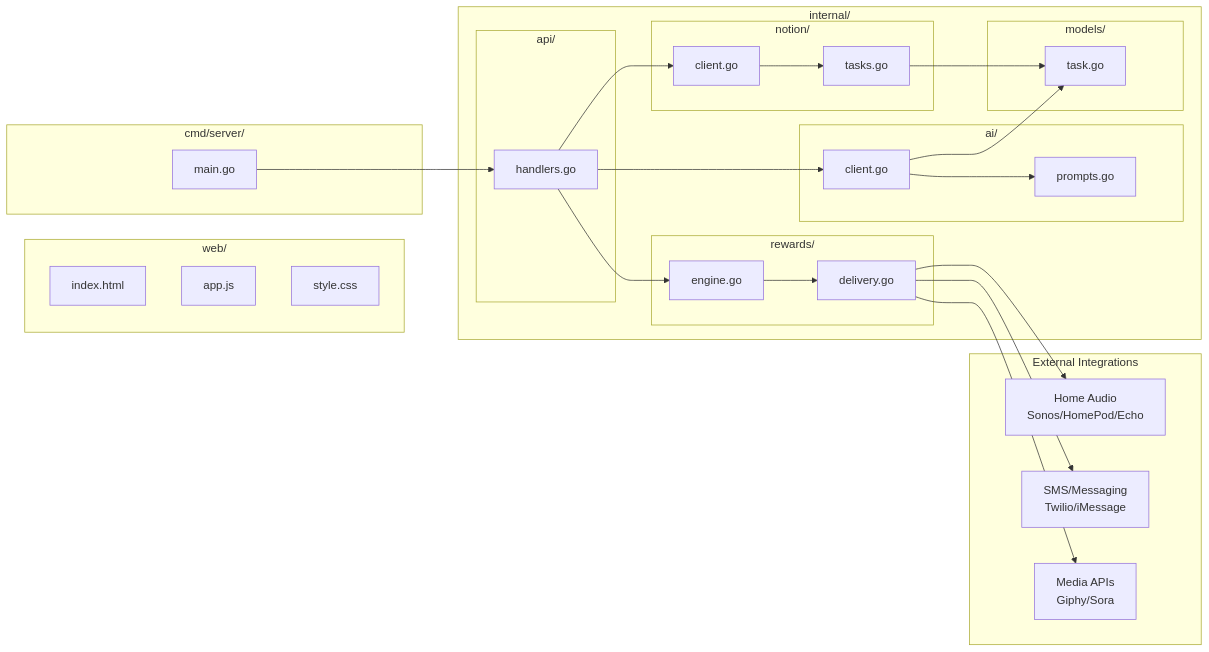
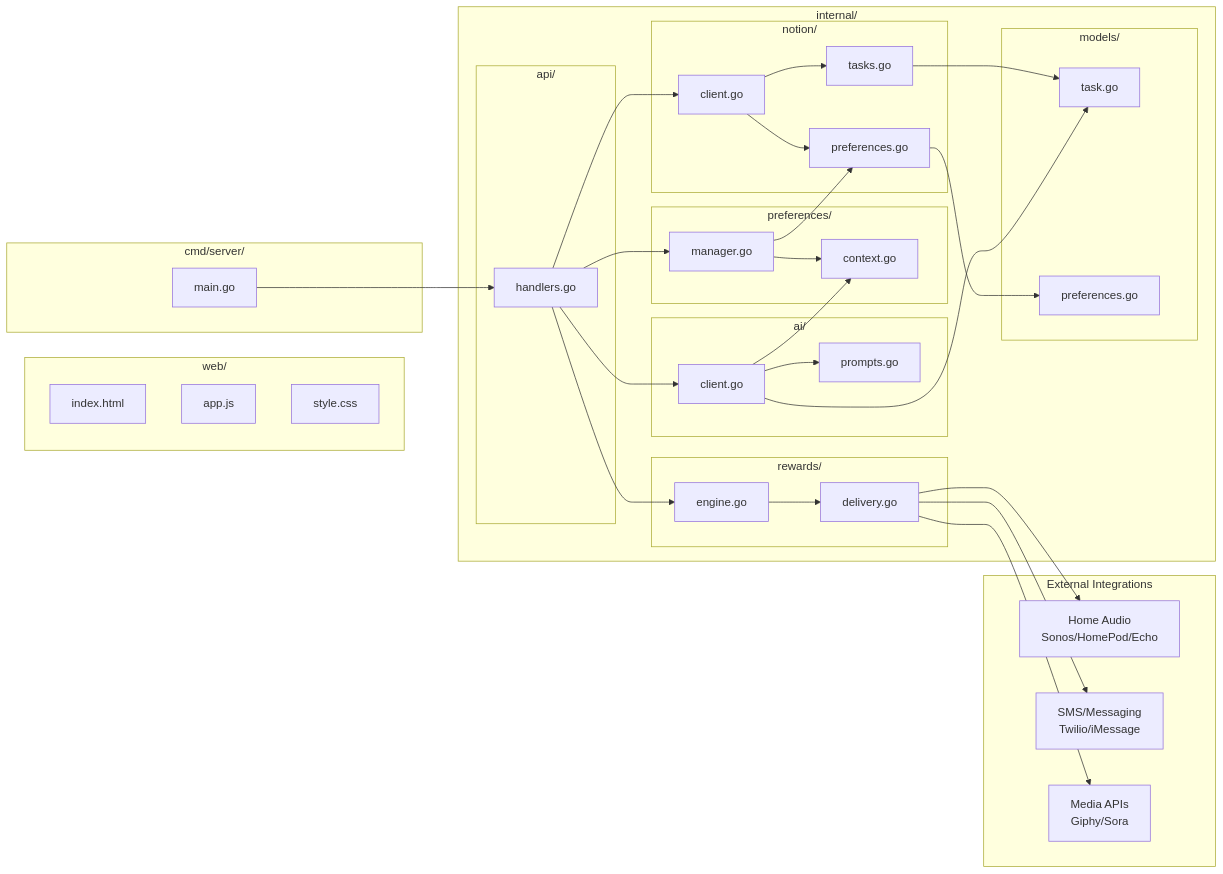
Before and after one commit to NickBorgers/hide-my-list: the second of 6 diagrams in docs/architecture.md, drawn with Mermaid. The commit also changed other lines of this file and 4 other files, not shown here.

First line of the commit message:
Add user preferences system for personalized task breakdowns

````diff
--- a/docs/architecture.md
+++ b/docs/architecture.md
@@ -35,52 +35,64 @@
 ```mermaid
 flowchart LR
     subgraph Frontend["web/"]
         HTML[index.html]
         JS[app.js]
         CSS[style.css]
     end
 
     subgraph Backend["internal/"]
         subgraph api["api/"]
             Handlers[handlers.go]
         end
         subgraph ai["ai/"]
             AIClient[client.go]
             Prompts[prompts.go]
         end
         subgraph notion["notion/"]
             NotionClient[client.go]
             Tasks[tasks.go]
+            Preferences[preferences.go]
         end
         subgraph models["models/"]
             Task[task.go]
+            UserPrefs[preferences.go]
+        end
+        subgraph preferences["preferences/"]
+            PrefManager[manager.go]
+            PrefContext[context.go]
         end
         subgraph rewards["rewards/"]
             RewardEngine[engine.go]
             RewardDelivery[delivery.go]
         end
     end
 
     subgraph Entry["cmd/server/"]
         Main[main.go]
     end
 
     subgraph Integrations["External Integrations"]
         HomeAudio[Home Audio<br/>Sonos/HomePod/Echo]
         SMS[SMS/Messaging<br/>Twilio/iMessage]
         MediaAPIs[Media APIs<br/>Giphy/Sora]
     end
 
     Main --> Handlers
     Handlers --> AIClient
     Handlers --> NotionClient
     Handlers --> RewardEngine
+    Handlers --> PrefManager
     AIClient --> Prompts
     NotionClient --> Tasks
+    NotionClient --> Preferences
     Tasks --> Task
+    Preferences --> UserPrefs
     AIClient --> Task
+    AIClient --> PrefContext
+    PrefManager --> PrefContext
+    PrefManager --> Preferences
     RewardEngine --> RewardDelivery
     RewardDelivery --> HomeAudio
     RewardDelivery --> SMS
     RewardDelivery --> MediaAPIs
 ```
````
